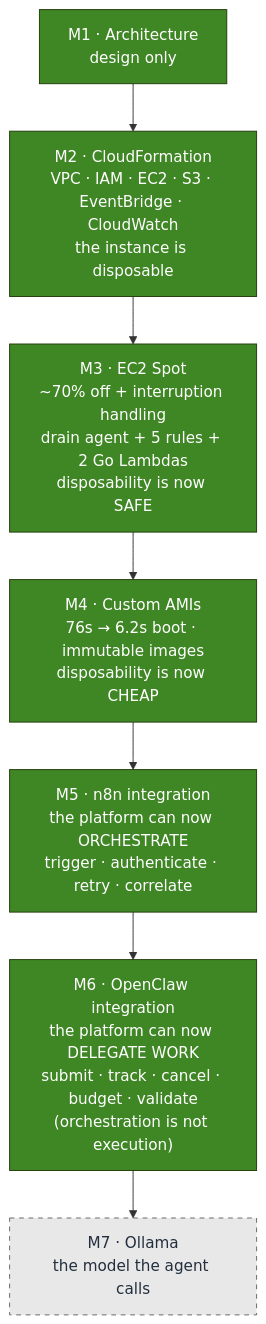
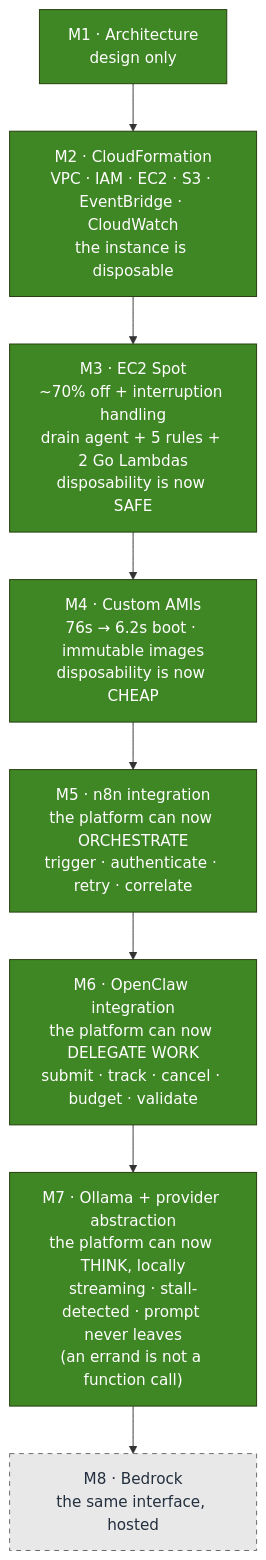
Before and after one commit to teddynted/designing-an-ai-agent-platform-on-aws: the fourth of 4 diagrams in docs/architecture/current-architecture.md, drawn with Mermaid. The commit also changed other lines of this file and 9 other files, not shown here.

````diff
--- a/docs/architecture/current-architecture.md
+++ b/docs/architecture/current-architecture.md
@@ -218,15 +229,16 @@
 ```mermaid
 flowchart TB
     m1["M1 · Architecture<br/>design only"] --> m2
     m2["M2 · CloudFormation<br/>VPC · IAM · EC2 · S3 · EventBridge · CloudWatch<br/>the instance is disposable"] --> m3
     m3["M3 · EC2 Spot<br/>~70% off + interruption handling<br/>drain agent + 5 rules + 2 Go Lambdas<br/>disposability is now SAFE"] --> m4
     m4["M4 · Custom AMIs<br/>76s → 6.2s boot · immutable images<br/>disposability is now CHEAP"] --> m5
     m5["M5 · n8n integration<br/>the platform can now ORCHESTRATE<br/>trigger · authenticate · retry · correlate"] --> m6
-    m6["M6 · OpenClaw integration<br/>the platform can now DELEGATE WORK<br/>submit · track · cancel · budget · validate<br/>(orchestration is not execution)"] --> m7
+    m6["M6 · OpenClaw integration<br/>the platform can now DELEGATE WORK<br/>submit · track · cancel · budget · validate"] --> m7
+    m7["M7 · Ollama + provider abstraction<br/>the platform can now THINK, locally<br/>streaming · stall-detected · prompt never leaves<br/>(an errand is not a function call)"] --> m8
 
-    m7["M7 · Ollama<br/>the model the agent calls"]:::next
+    m8["M8 · Bedrock<br/>the same interface, hosted"]:::next
 
     classDef done fill:#3F8624,stroke:#243B0B,color:#FFFFFF
     classDef next fill:#E8E8E8,stroke:#666,color:#232F3E,stroke-dasharray: 5 5
-    class m1,m2,m3,m4,m5,m6 done
+    class m1,m2,m3,m4,m5,m6,m7 done
 ```
````
